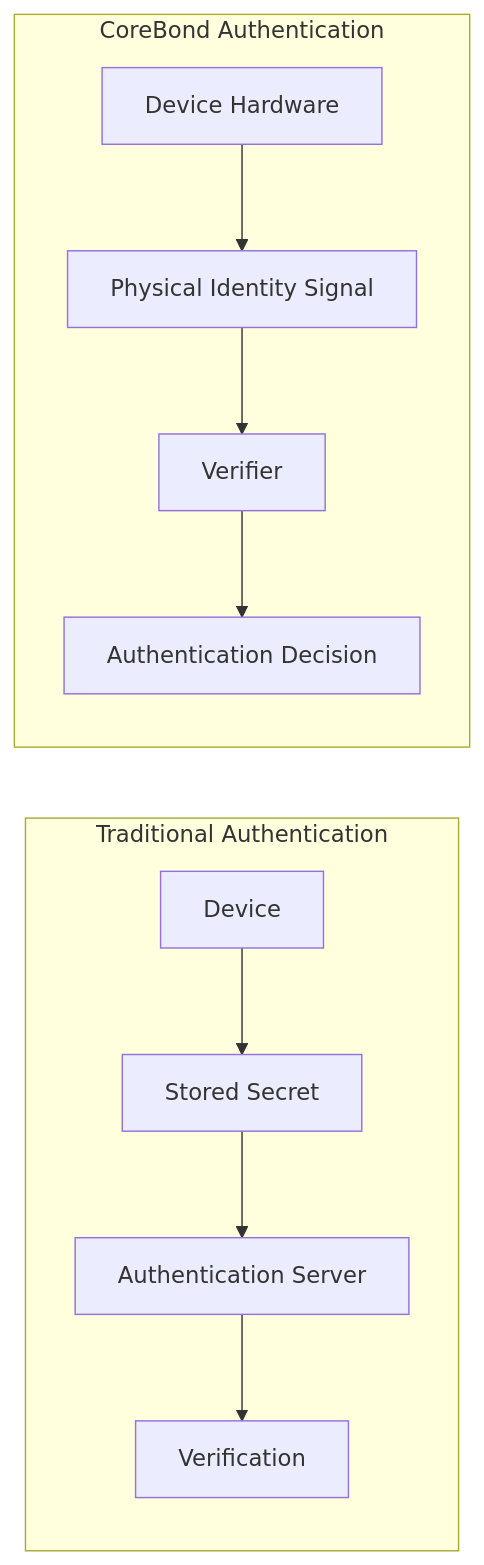
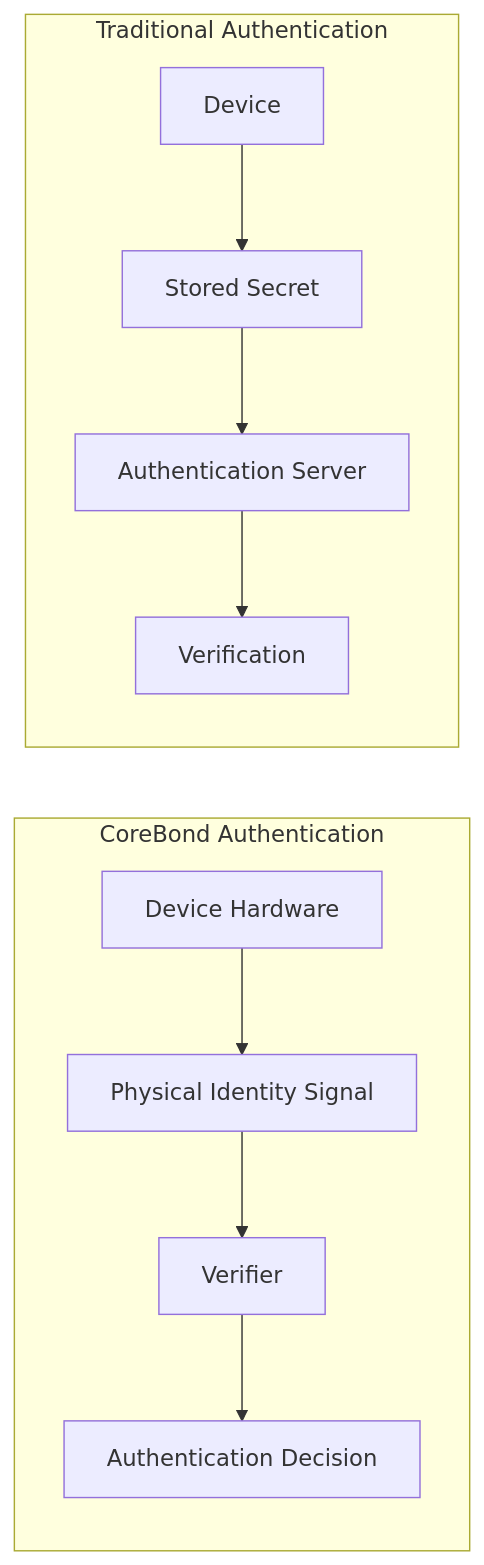
Before and after one commit to CoreBond/corebond-architecture: the diagram in README.md, drawn with Mermaid. The commit also changed other lines of this file, not shown here.

````diff
--- a/README.md
+++ b/README.md
@@ -39,15 +40,15 @@
 ```mermaid
 flowchart LR
-
+subgraph CoreBond Authentication
+E[Device Hardware] --> F[Physical Identity Signal]
+F --> G[Verifier]
+G --> H[Authentication Decision]
+end
 subgraph Traditional Authentication
 A[Device] --> B[Stored Secret]
 B --> C[Authentication Server]
 C --> D[Verification]
 end
 
-subgraph CoreBond Authentication
-E[Device Hardware] --> F[Physical Identity Signal]
-F --> G[Verifier]
-G --> H[Authentication Decision]
-end
+
 ```
````
